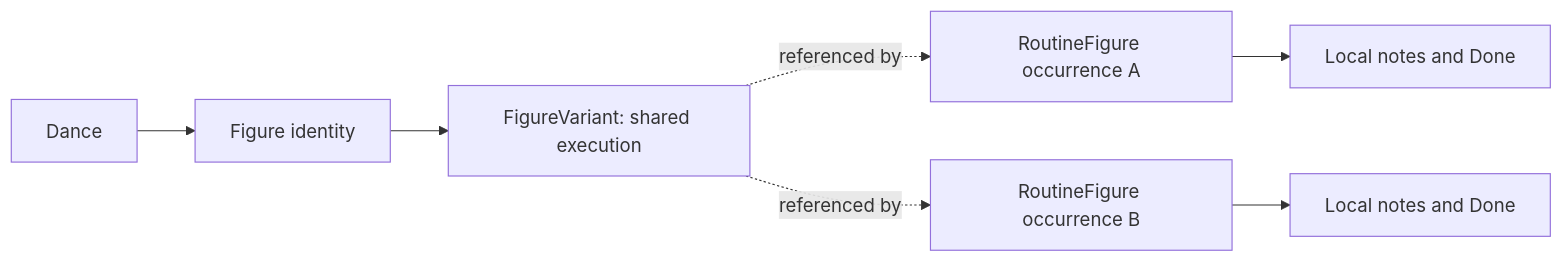
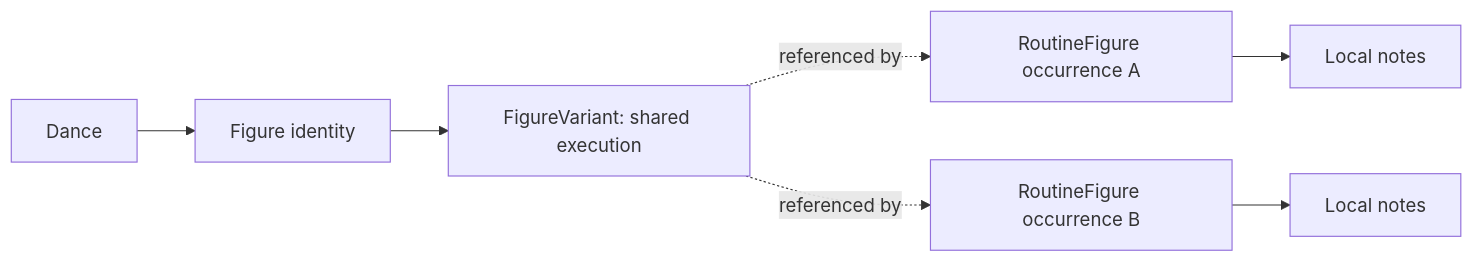
Before and after one commit to JanMatecha/MyDanceBook: the diagram in docs/PRODUCT.md, drawn with Mermaid. The commit also changed other lines of this file and 23 other files, not shown here.

Commit message:
refactor: remove routine figure done state (#12)

````diff
--- a/docs/PRODUCT.md
+++ b/docs/PRODUCT.md
@@ -40,9 +40,9 @@
 ```mermaid
 flowchart LR
     D["Dance"] --> F["Figure identity"]
     F --> V["FigureVariant: shared execution"]
     V -. "referenced by" .-> RF1["RoutineFigure occurrence A"]
     V -. "referenced by" .-> RF2["RoutineFigure occurrence B"]
-    RF1 --> N1["Local notes and Done"]
-    RF2 --> N2["Local notes and Done"]
+    RF1 --> N1["Local notes"]
+    RF2 --> N2["Local notes"]
 ```
````
